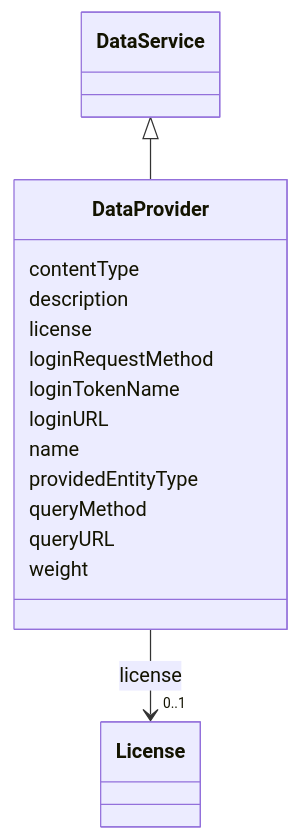
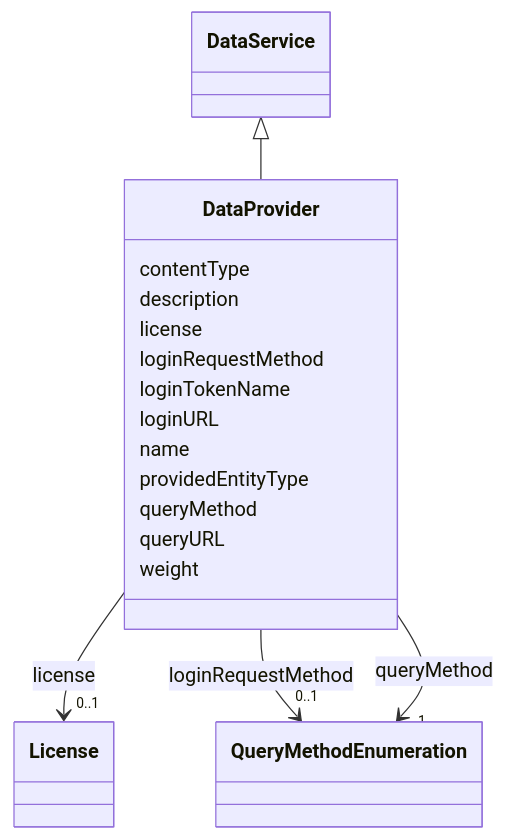
The diagram in models/docs/DataProvider.md (EVORA-project/evora-ontology), drawn with Mermaid before and after one commit. The commit also changed other lines of this file and 189 other files, not shown here.

````diff
--- a/models/docs/DataProvider.md
+++ b/models/docs/DataProvider.md
@@ -19,38 +19,52 @@
 ```mermaid
  classDiagram
     class DataProvider
     click DataProvider href "../DataProvider"
       DataService <|-- DataProvider
         click DataService href "../DataService"
       
       DataProvider : contentType
         
       DataProvider : description
         
       DataProvider : license
         
           
     
     
     DataProvider --> "0..1" License : license
     click License href "../License"
 
         
       DataProvider : loginRequestMethod
         
+          
+    
+    
+    DataProvider --> "0..1" QueryMethodEnumeration : loginRequestMethod
+    click QueryMethodEnumeration href "../QueryMethodEnumeration"
+
+        
       DataProvider : loginTokenName
         
       DataProvider : loginURL
         
       DataProvider : name
         
       DataProvider : providedEntityType
         
       DataProvider : queryMethod
         
+          
+    
+    
+    DataProvider --> "1" QueryMethodEnumeration : queryMethod
+    click QueryMethodEnumeration href "../QueryMethodEnumeration"
+
+        
       DataProvider : queryURL
         
       DataProvider : weight
         
       
 ```
````
